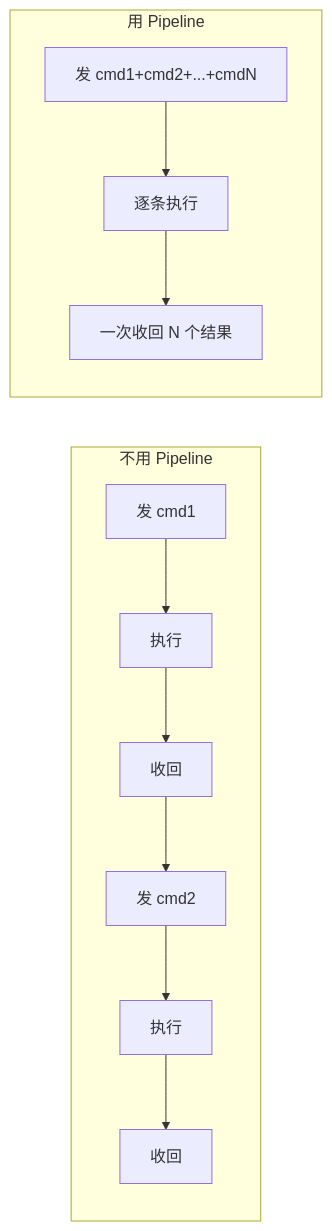
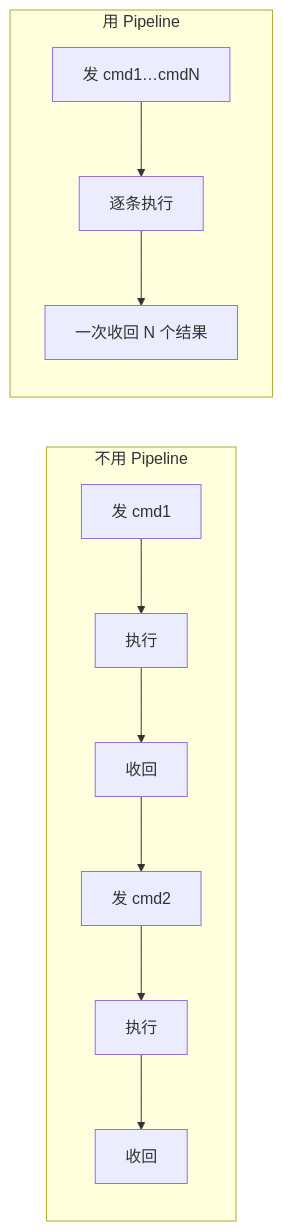
Before and after one commit to ml-cuizijun/LearnToLilith: the seventh of 8 diagrams in 02-中间件与数据库/02-Redis/01-数据结构与使用场景/知识点.md, drawn with Mermaid. The commit also changed other lines of this file and 178 other files, not shown here.

````diff
--- a/02-中间件与数据库/02-Redis/01-数据结构与使用场景/知识点.md
+++ b/02-中间件与数据库/02-Redis/01-数据结构与使用场景/知识点.md
@@ -507,10 +486,10 @@
 ```mermaid
 flowchart LR
     subgraph NP["不用 Pipeline"]
         C1["发 cmd1"] --> S1["执行"] --> C2["收回"]
         C2 --> C3["发 cmd2"] --> S2["执行"] --> C4["收回"]
     end
     subgraph P["用 Pipeline"]
-        CP1["发 cmd1+cmd2+...+cmdN"] --> SP["逐条执行"] --> CP2["一次收回 N 个结果"]
+        CP1["发 cmd1…cmdN"] --> SP["逐条执行"] --> CP2["一次收回 N 个结果"]
     end
 ```
````
